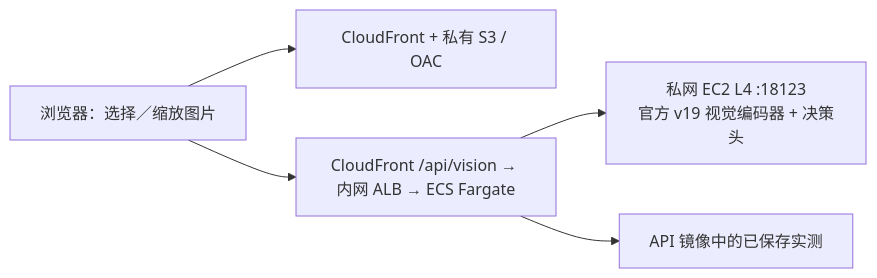
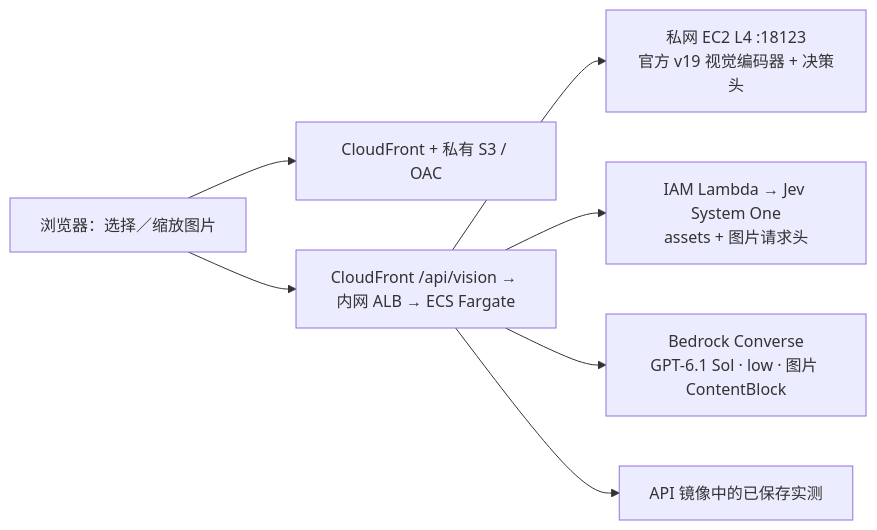
Before and after one commit to milan9527/StrandsDecider: the diagram in docs/VISION.md, drawn with Mermaid. The commit also changed other lines of this file and 23 other files, not shown here.

Commit message:
Compare Decider Jev and GPT image decisions with measured results

````diff
--- a/docs/VISION.md
+++ b/docs/VISION.md
@@ -51,7 +80,9 @@
 ```mermaid
 flowchart LR
   Browser["浏览器：选择／缩放图片"] --> Front["CloudFront + 私有 S3 / OAC"]
   Browser --> API["CloudFront /api/vision → 内网 ALB → ECS Fargate"]
   API --> Vision["私网 EC2 L4 :18123<br/>官方 v19 视觉编码器 + 决策头"]
+  API --> JevBridge["IAM Lambda → Jev System One<br/>assets + 图片请求头"]
+  API --> GPT["Bedrock Converse<br/>GPT-6.1 Sol · low · 图片 ContentBlock"]
   API --> Recorded["API 镜像中的已保存实测"]
 ```
````
